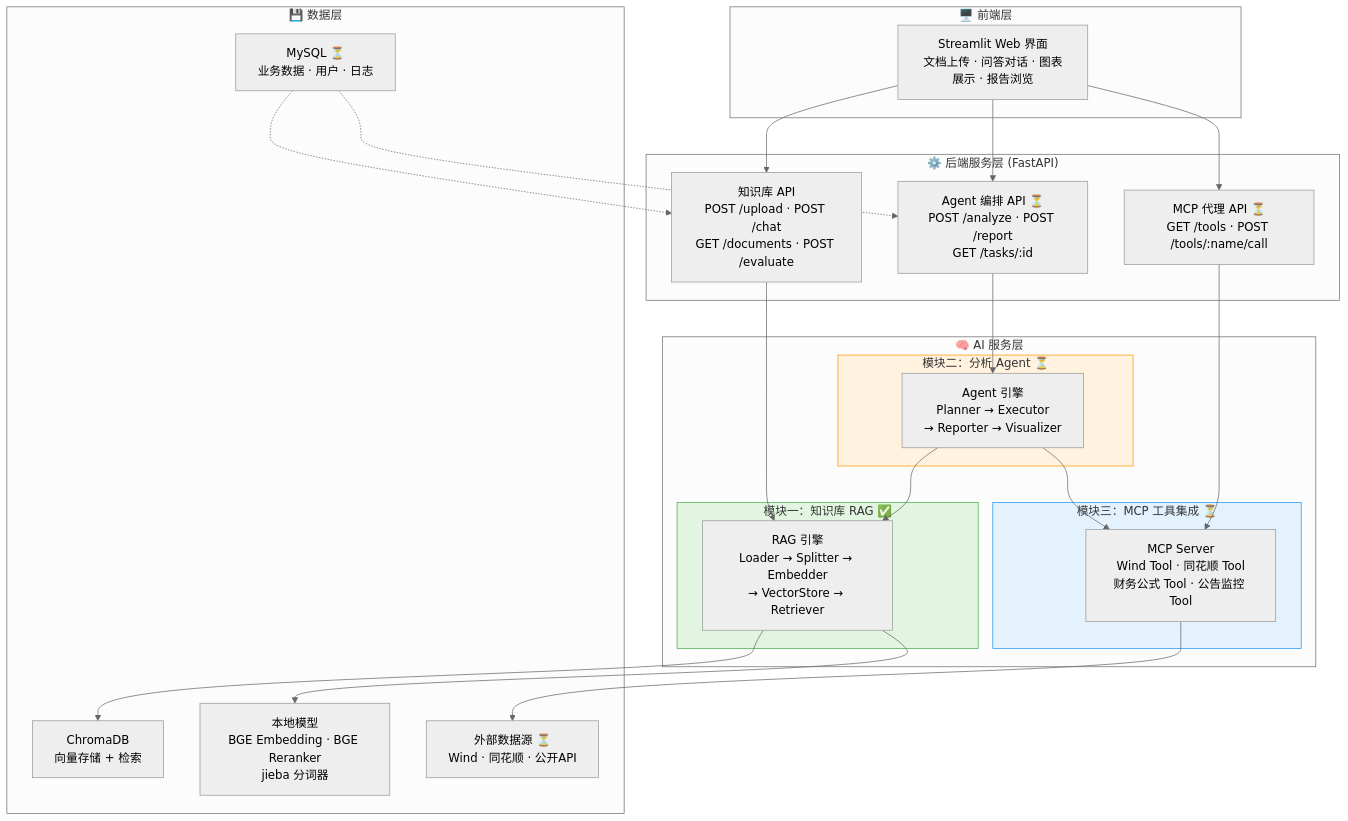
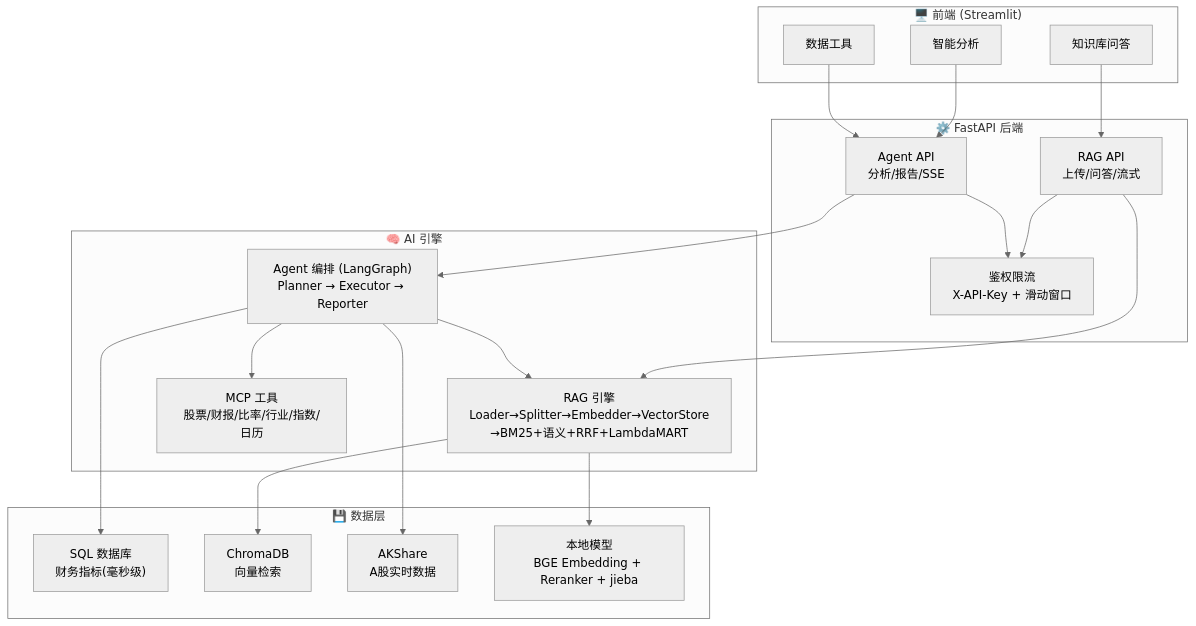
Before and after one commit to banma05/financial-ai-platform: the first of 3 diagrams in docs/架构图.md, drawn with Mermaid (neutral theme). The commit also changed other lines of this file and 25 other files, not shown here.

````diff
--- a/docs/架构图.md
+++ b/docs/架构图.md
@@ -10,49 +10,41 @@
 ```mermaid
 graph TB
-    subgraph 前端层["🖥️ 前端层"]
-        UI["Streamlit Web 界面<br/>文档上传 · 问答对话 · 图表展示 · 报告浏览"]
+    subgraph 前端["🖥️ 前端 (Streamlit)"]
+        UI_RAG["知识库问答"]
+        UI_AGENT["智能分析"]
+        UI_MCP["数据工具"]
     end
 
-    subgraph 后端服务层["⚙️ 后端服务层 (FastAPI)"]
-        API1["知识库 API<br/>POST /upload · POST /chat<br/>GET /documents · POST /evaluate"]
-        API2["Agent 编排 API ⏳<br/>POST /analyze · POST /report<br/>GET /tasks/:id"]
-        API3["MCP 代理 API ⏳<br/>GET /tools · POST /tools/:name/call"]
+    subgraph 后端["⚙️ FastAPI 后端"]
+        API_RAG["RAG API<br/>上传/问答/流式"]
+        API_AGENT["Agent API<br/>分析/报告/SSE"]
+        AUTH["鉴权限流<br/>X-API-Key + 滑动窗口"]
     end
 
-    subgraph AI服务层["🧠 AI 服务层"]
-        subgraph 模块一["模块一：知识库 RAG ✅"]
-            RAG_ENGINE["RAG 引擎<br/>Loader → Splitter → Embedder<br/>→ VectorStore → Retriever"]
-        end
-        subgraph 模块二["模块二：分析 Agent ⏳"]
-            AGENT["Agent 引擎<br/>Planner → Executor<br/>→ Reporter → Visualizer"]
-        end
-        subgraph 模块三["模块三：MCP 工具集成 ⏳"]
-            MCP["MCP Server<br/>Wind Tool · 同花顺 Tool<br/>财务公式 Tool · 公告监控 Tool"]
-        end
+    subgraph AI["🧠 AI 引擎"]
+        AGENT_ENGINE["Agent 编排 (LangGraph)<br/>Planner → Executor → Reporter"]
+        RAG_ENGINE["RAG 引擎<br/>Loader→Splitter→Embedder→VectorStore<br/>→BM25+语义+RRF+LambdaMART"]
+        MCP_ENGINE["MCP 工具<br/>股票/财报/比率/行业/指数/日历"]
     end
 
-    subgraph 数据层["💾 数据层"]
-        VDB["ChromaDB<br/>向量存储 + 检索"]
-        BIZDB["MySQL ⏳<br/>业务数据 · 用户 · 日志"]
-        EXT["外部数据源 ⏳<br/>Wind · 同花顺 · 公开API"]
-        LOCAL["本地模型<br/>BGE Embedding · BGE Reranker<br/>jieba 分词器"]
+    subgraph DATA["💾 数据层"]
+        SQL["SQL 数据库<br/>财务指标(毫秒级)"]
+        VECTOR["ChromaDB<br/>向量检索"]
+        API_EXT["AKShare<br/>A股实时数据"]
+        LOCAL["本地模型<br/>BGE Embedding + Reranker + jieba"]
     end
 
-    UI --> API1
-    UI --> API2
-    UI --> API3
-    API1 --> RAG_ENGINE
-    API2 --> AGENT
-    API3 --> MCP
-    RAG_ENGINE --> VDB
+    UI_RAG --> API_RAG
+    UI_AGENT --> API_AGENT
+    UI_MCP --> API_AGENT
+    API_RAG --> AUTH
+    API_AGENT --> AUTH
+    API_RAG --> RAG_ENGINE
+    API_AGENT --> AGENT_ENGINE
+    AGENT_ENGINE --> SQL
+    AGENT_ENGINE --> RAG_ENGINE
+    AGENT_ENGINE --> MCP_ENGINE
+    AGENT_ENGINE --> API_EXT
+    RAG_ENGINE --> VECTOR
     RAG_ENGINE --> LOCAL
-    AGENT --> RAG_ENGINE
-    AGENT --> MCP
-    MCP --> EXT
-    BIZDB -.-> API1
-    BIZDB -.-> API2
-
-    style 模块一 fill:#e1f5e1,stroke:#4caf50
-    style 模块二 fill:#fff3e0,stroke:#ff9800
-    style 模块三 fill:#e3f2fd,stroke:#2196f3
 ```
````
